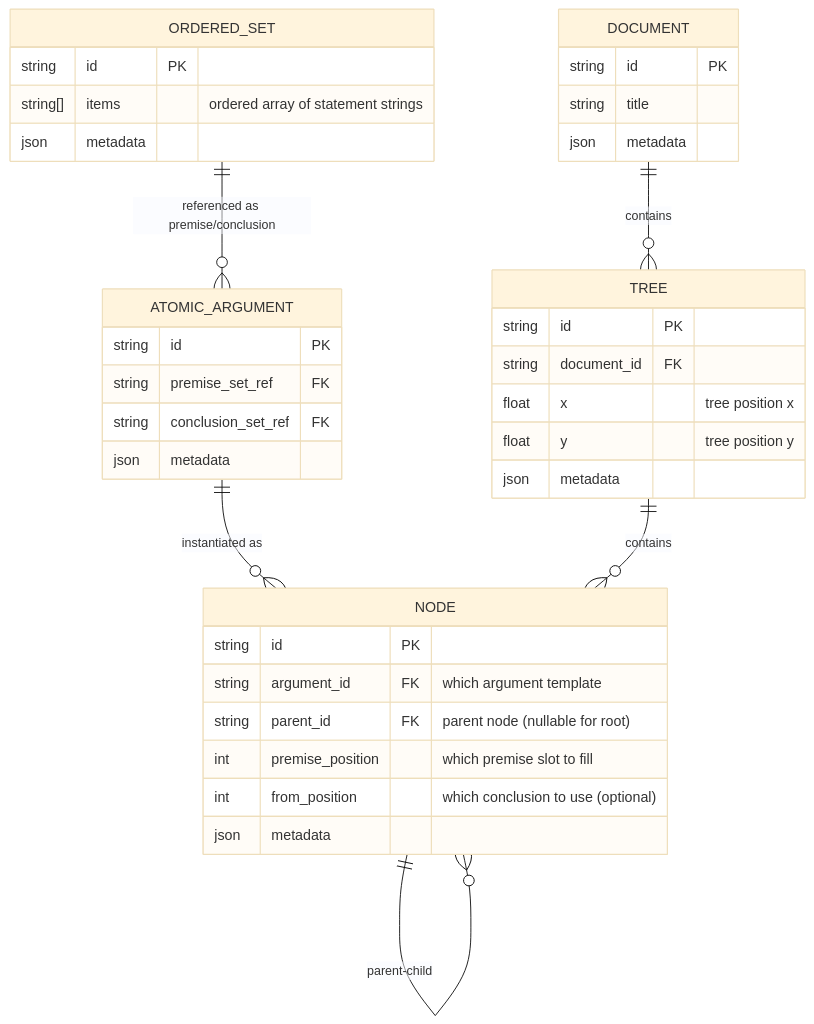
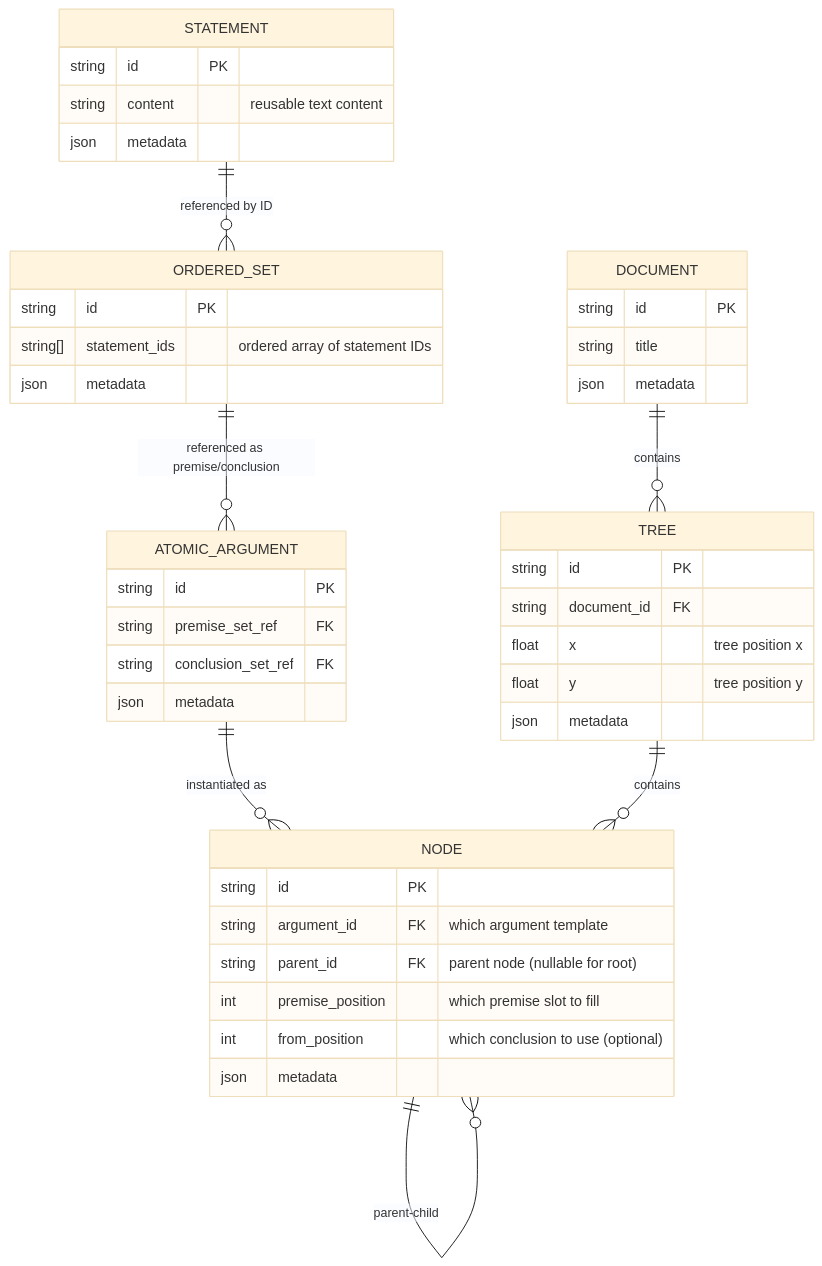
Before and after one commit to nate123456/proof-editor: the diagram in docs/08-technical-design/data-model/conceptual-data-model.md, drawn with Mermaid (base theme). The commit also changed other lines of this file and 24 other files, not shown here.

````diff
--- a/docs/08-technical-design/data-model/conceptual-data-model.md
+++ b/docs/08-technical-design/data-model/conceptual-data-model.md
@@ -57,40 +80,46 @@
 ```mermaid
 erDiagram
+    STATEMENT {
+        string id PK
+        string content "reusable text content"
+        json metadata
+    }
     ORDERED_SET {
         string id PK
-        string[] items "ordered array of statement strings"
+        string[] statement_ids "ordered array of statement IDs"
         json metadata
     }
     ATOMIC_ARGUMENT {
         string id PK
         string premise_set_ref FK
         string conclusion_set_ref FK
         json metadata
     }
     NODE {
         string id PK
         string argument_id FK "which argument template"
         string parent_id FK "parent node (nullable for root)"
         int premise_position "which premise slot to fill"
         int from_position "which conclusion to use (optional)"
         json metadata
     }
     TREE {
         string id PK
         string document_id FK
         float x "tree position x"
         float y "tree position y"
         json metadata
     }
     DOCUMENT {
         string id PK
         string title
         json metadata
     }
     
+    STATEMENT ||--o{ ORDERED_SET : "referenced by ID"
     ORDERED_SET ||--o{ ATOMIC_ARGUMENT : "referenced as premise/conclusion"
     ATOMIC_ARGUMENT ||--o{ NODE : "instantiated as"
     NODE ||--o{ NODE : "parent-child"
     TREE ||--o{ NODE : "contains"
     DOCUMENT ||--o{ TREE : "contains"
 ```
````
